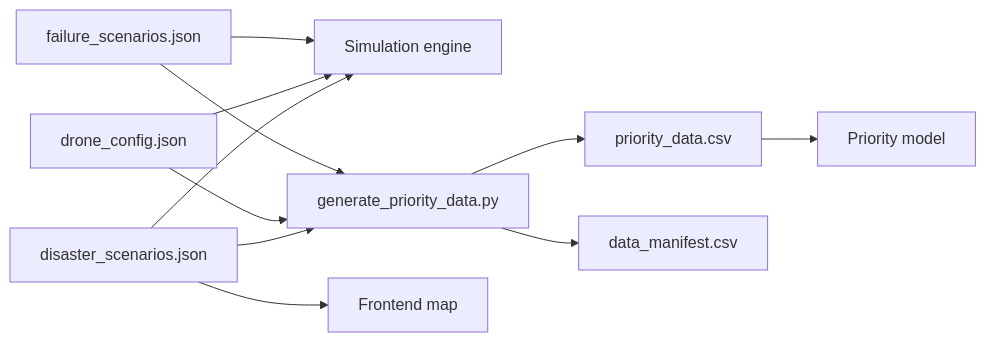
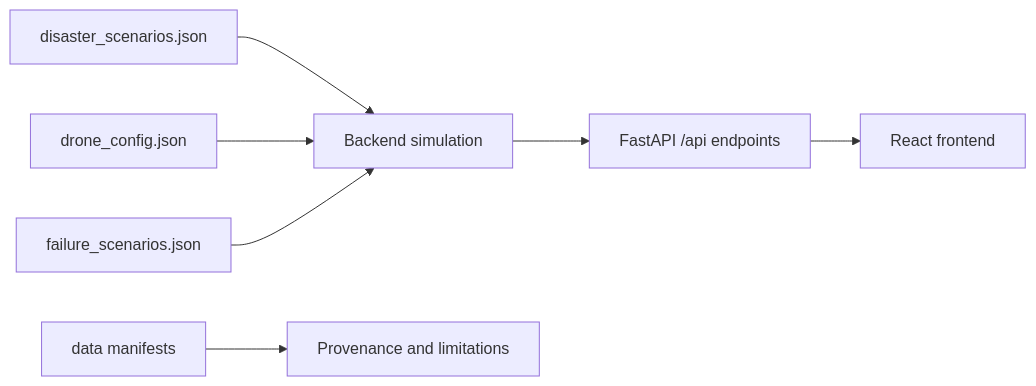
The diagram in README.md (SandyaSundar/RESQNET), drawn with Mermaid before and after one commit. The commit also changed other lines of this file and 58 other files, not shown here.

````diff
--- a/README.md
+++ b/README.md
@@ -42,13 +41,9 @@
 ```mermaid
 flowchart LR
-  A[disaster_scenarios.json] --> S[Simulation engine]
+  A[disaster_scenarios.json] --> S[Backend simulation]
   B[drone_config.json] --> S
   C[failure_scenarios.json] --> S
-  A --> G[generate_priority_data.py]
-  B --> G
-  C --> G
-  G --> P[priority_data.csv]
-  G --> M[data_manifest.csv]
-  P --> ML[Priority model]
-  A --> UI[Frontend map]
+  S --> API[FastAPI /api endpoints]
+  API --> UI[React frontend]
+  M[data manifests] --> P[Provenance and limitations]
 ```
````
